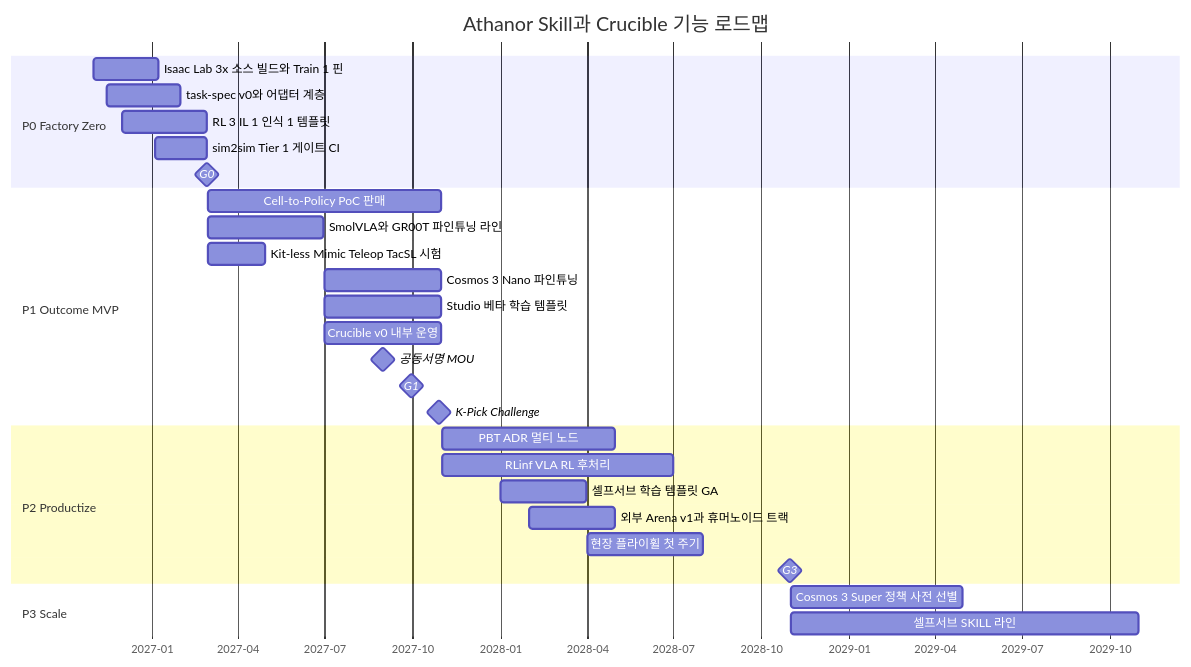
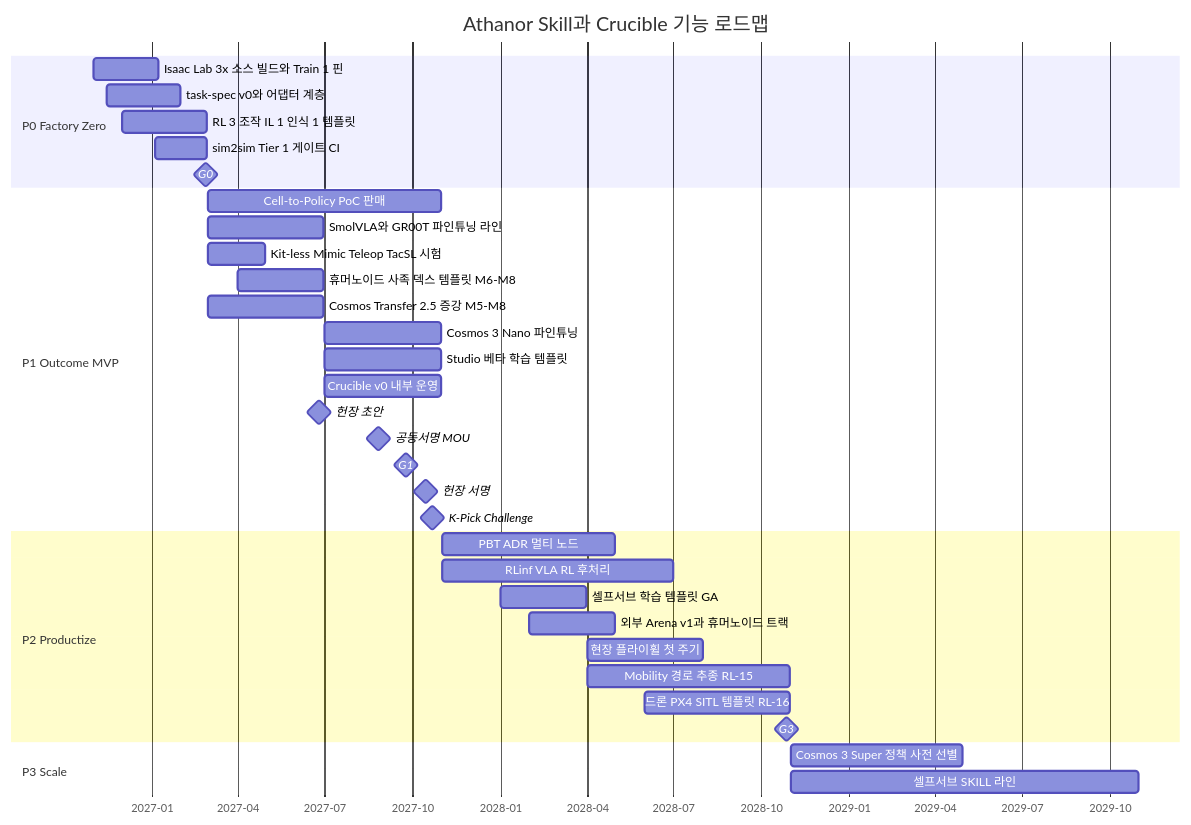
Diagram 12 of 12 in docs/digital-twin-platform/07-training-module.md (ouremployeeces-ship-it/AIResearch), drawn with Mermaid before and after one commit. The commit also changed other lines of this file and 14 other files, not shown here.

````diff
--- a/docs/digital-twin-platform/07-training-module.md
+++ b/docs/digital-twin-platform/07-training-module.md
@@ -1102,32 +1107,38 @@
 ```mermaid
 gantt
     title Athanor Skill과 Crucible 기능 로드맵
     dateFormat YYYY-MM-DD
     axisFormat %Y-%m
     section P0 Factory Zero
     Isaac Lab 3x 소스 빌드와 Train 1 핀 :a1, 2026-11-01, 2027-01-08
     task-spec v0와 어댑터 계층 :a2, 2026-11-15, 2027-01-31
-    RL 3 IL 1 인식 1 템플릿 :a3, 2026-12-01, 2027-02-28
+    RL 3 조작 IL 1 인식 1 템플릿 :a3, 2026-12-01, 2027-02-28
     sim2sim Tier 1 게이트 CI :a4, 2027-01-04, 2027-02-28
-    G0 :milestone, g0, 2027-02-28, 0d
+    G0 :milestone, g0, 2027-02-26, 0d
     section P1 Outcome MVP
     Cell-to-Policy PoC 판매 :b1, 2027-03-01, 2027-10-31
     SmolVLA와 GR00T 파인튜닝 라인 :b2, 2027-03-01, 2027-06-30
     Kit-less Mimic Teleop TacSL 시험 :b3, 2027-03-01, 2027-04-30
+    휴머노이드 사족 덱스 템플릿 M6-M8 :b7, 2027-04-01, 2027-06-30
+    Cosmos Transfer 2.5 증강 M5-M8 :b8, 2027-03-01, 2027-06-30
     Cosmos 3 Nano 파인튜닝 :b4, 2027-07-01, 2027-10-31
     Studio 베타 학습 템플릿 :b5, 2027-07-01, 2027-10-31
     Crucible v0 내부 운영 :b6, 2027-07-01, 2027-10-31
-    공동서명 MOU :milestone, mou, 2027-08-31, 0d
-    G1 :milestone, g1, 2027-09-30, 0d
-    K-Pick Challenge :milestone, kp, 2027-10-29, 0d
+    헌장 초안 :milestone, ch0, 2027-06-25, 0d
+    공동서명 MOU :milestone, mou, 2027-08-27, 0d
+    G1 :milestone, g1, 2027-09-24, 0d
+    헌장 서명 :milestone, ch1, 2027-10-15, 0d
+    K-Pick Challenge :milestone, kp, 2027-10-22, 0d
     section P2 Productize
     PBT ADR 멀티 노드 :c1, 2027-11-01, 2028-04-30
     RLinf VLA RL 후처리 :c2, 2027-11-01, 2028-06-30
     셀프서브 학습 템플릿 GA :c3, 2028-01-01, 2028-03-31
     외부 Arena v1과 휴머노이드 트랙 :c4, 2028-02-01, 2028-04-30
     현장 플라이휠 첫 주기 :c5, 2028-04-01, 2028-07-31
-    G3 :milestone, g3, 2028-10-31, 0d
+    Mobility 경로 추종 RL-15 :c6, 2028-04-01, 2028-10-31
+    드론 PX4 SITL 템플릿 RL-16 :c7, 2028-06-01, 2028-10-31
+    G3 :milestone, g3, 2028-10-27, 0d
     section P3 Scale
     Cosmos 3 Super 정책 사전 선별 :d1, 2028-11-01, 2029-04-30
     셀프서브 SKILL 라인 :d2, 2028-11-01, 2029-10-31
 ```
````
